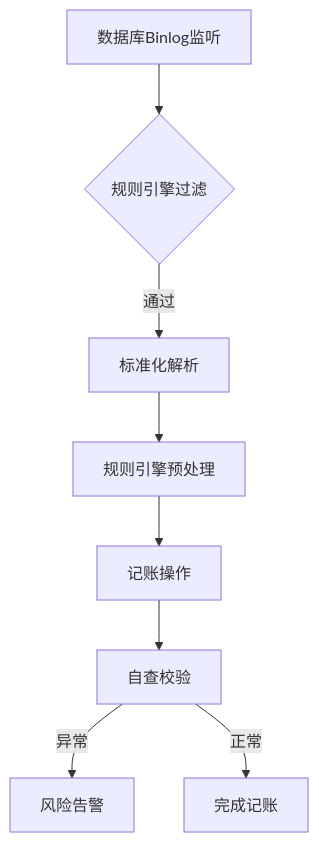
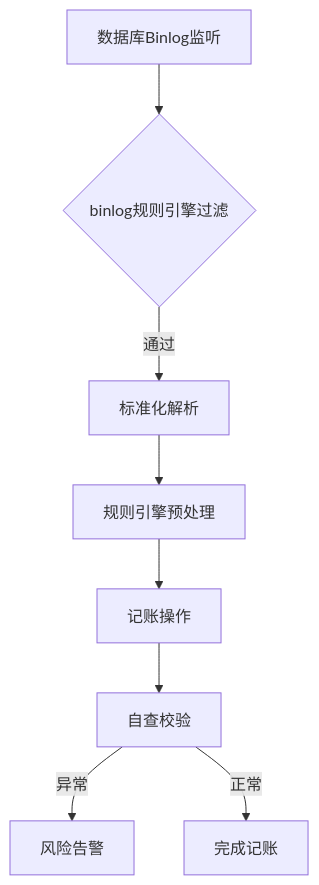
One commit to 87828943/iodraw-files changed the diagram in all/架构流程.md. Above: the diagram before and after it, drawn with Mermaid.

Commit message:
2025-07-07 10:55:16 update

````diff
--- a/all/架构流程.md
+++ b/all/架构流程.md
@@ -1,10 +1,10 @@
 ```mermaid
 graph TD
-    A[数据库Binlog监听] --> B{规则引擎过滤}
+    A[数据库Binlog监听] --> B{binlog规则引擎过滤}
     B -->|通过| C[标准化解析]
     C --> D[规则引擎预处理]
     D --> E[记账操作]
     E --> F[自查校验]
     F -->|异常| G[风险告警]
     F -->|正常| H[完成记账]
 ```
````
